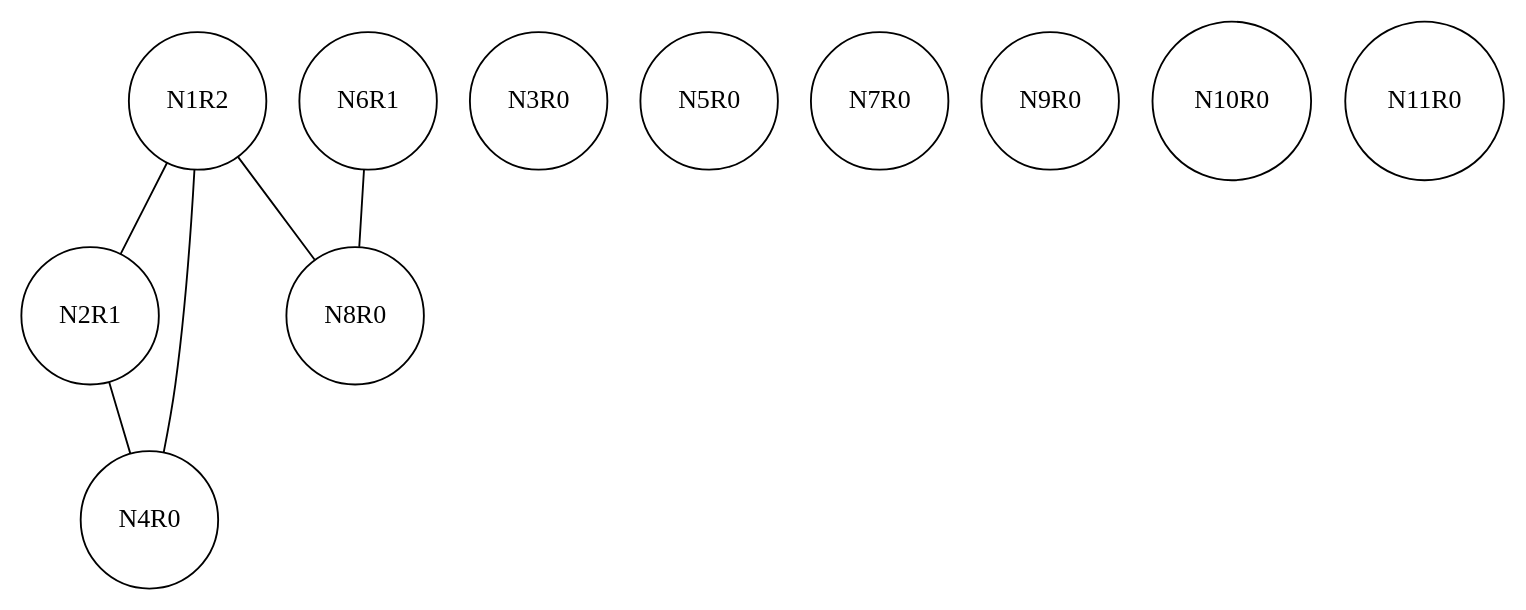
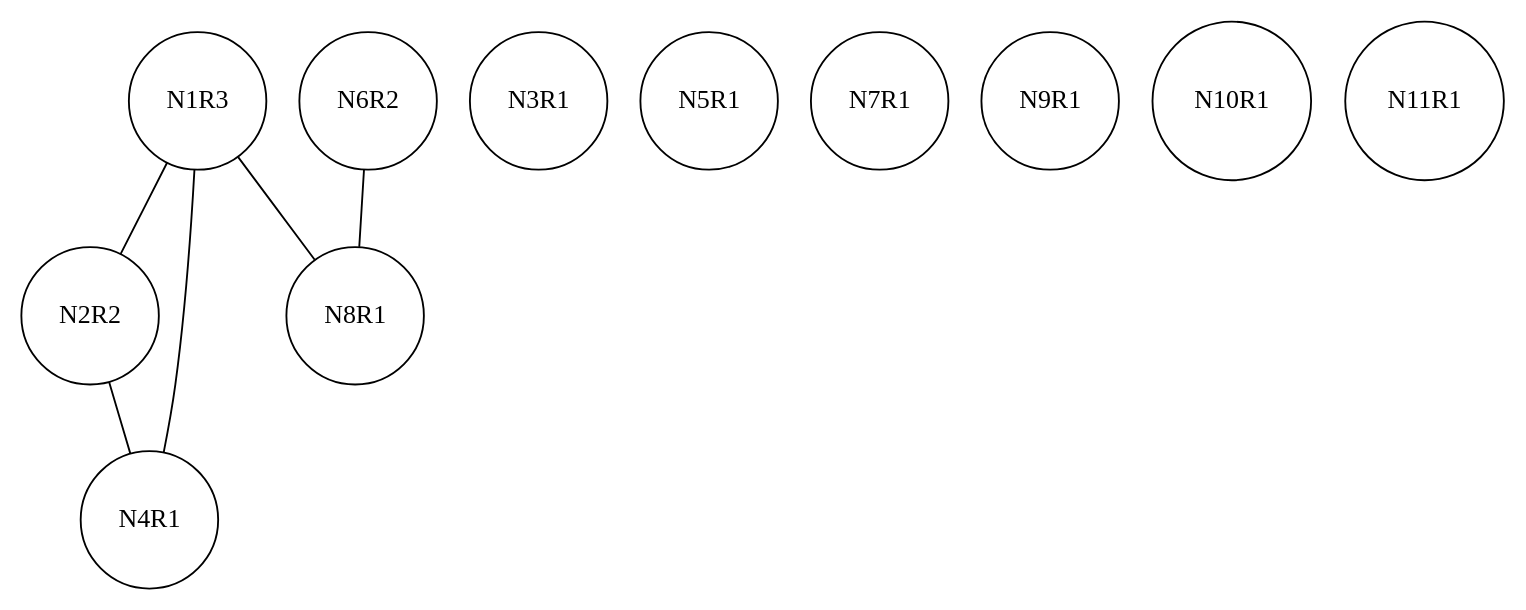
Before and after one commit to chris-wood/PL241-Compiler: the diagram in project/-f.ig.dot, drawn with Graphviz. The commit also changed 21 other files, not shown here.

```diff
--- a/project/-f.ig.dot
+++ b/project/-f.ig.dot
@@ -1,19 +1,19 @@
 graph ig {
     node [shape = circle];
-    N1R2;
-    N2R1;
-    N3R0;
-    N4R0;
-    N5R0;
-    N6R1;
-    N7R0;
-    N8R0;
-    N9R0;
-    N10R0;
-    N11R0;
-    N1R2 -- N8R0;
-    N1R2 -- N4R0;
-    N1R2 -- N2R1;
-    N2R1 -- N4R0;
-    N6R1 -- N8R0;
+    N1R3;
+    N2R2;
+    N3R1;
+    N4R1;
+    N5R1;
+    N6R2;
+    N7R1;
+    N8R1;
+    N9R1;
+    N10R1;
+    N11R1;
+    N1R3 -- N8R1;
+    N1R3 -- N4R1;
+    N1R3 -- N2R2;
+    N2R2 -- N4R1;
+    N6R2 -- N8R1;
 }
```
